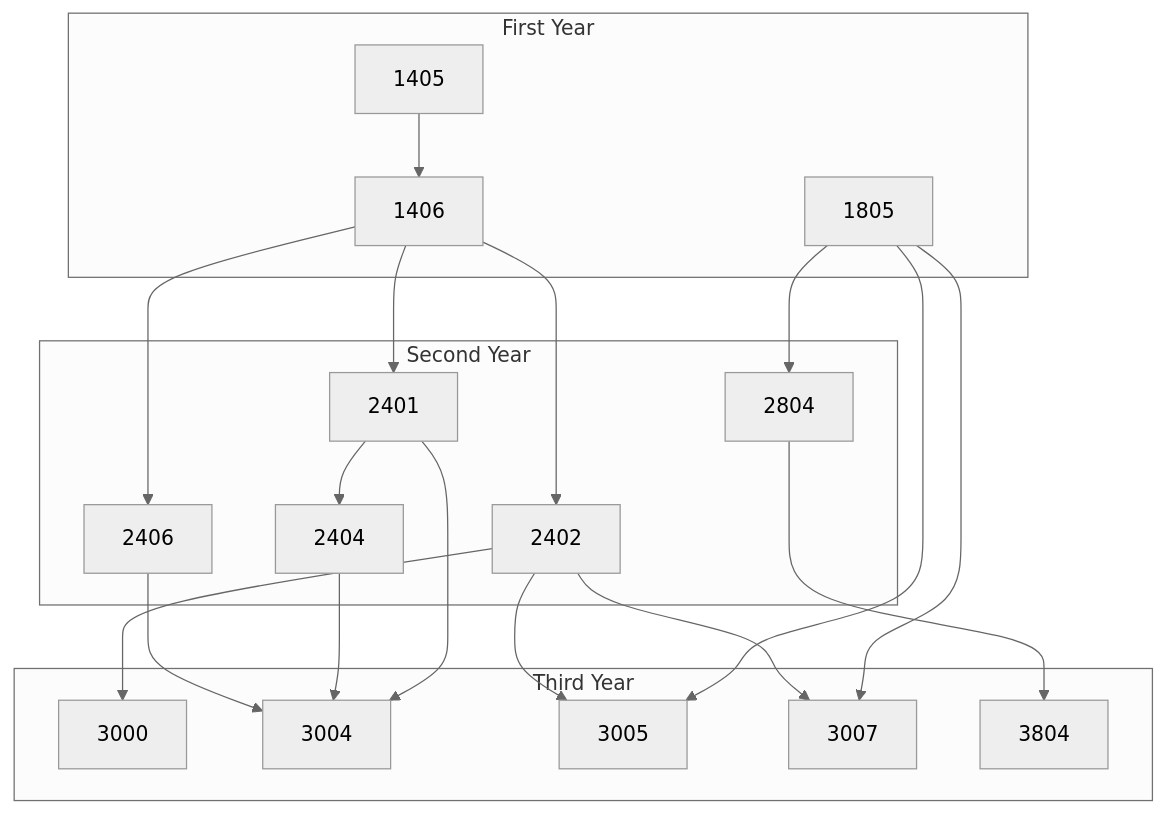
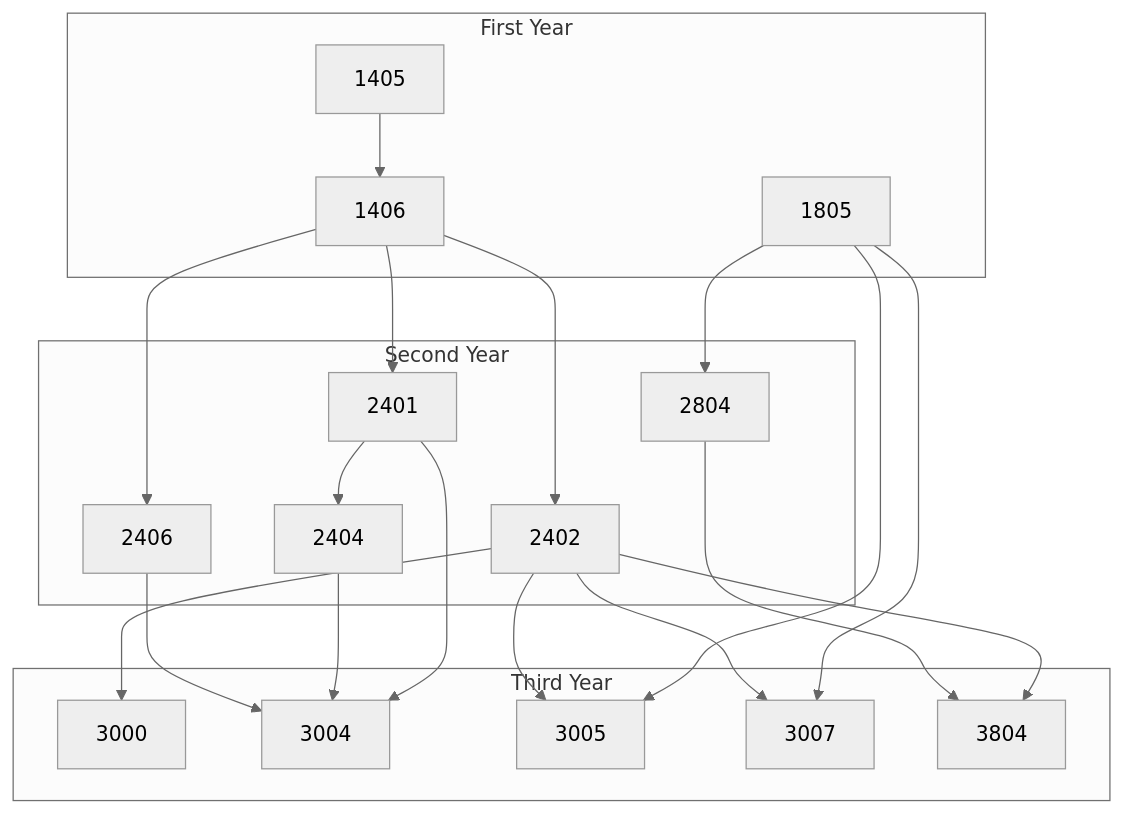
Before and after one commit to CarletonComputerScienceSociety/cs-course-tree: the first of 2 diagrams in README.md, drawn with Mermaid (neutral theme).

Commit message:
Update 2402 prereq

````diff
--- a/README.md
+++ b/README.md
@@ -11,46 +11,47 @@
 ```mermaid
 flowchart TB
     subgraph firstyear [First Year]
     1405
     1406
     1805
     end
     1405-->1406
 
     1805-->2804
     1805-->3005
     1805-->3007
 
     1406-->2401
     1406-->2402
     1406-->2406
 
     subgraph secondyear [Second Year]
     2401
     2402
     2404
     2406
     2804
     end
 
     2401-->2404
     2401-->3004
 
     2402-->3000
     2402-->3005
     2402-->3007
+    2402-->3804
     
     2404-->3004
 
     2406-->3004
 
     2804-->3804
 
     subgraph thirdyear [Third Year]
     3000
     3004
     3005
     3007
     3804
     end
 ```
````
